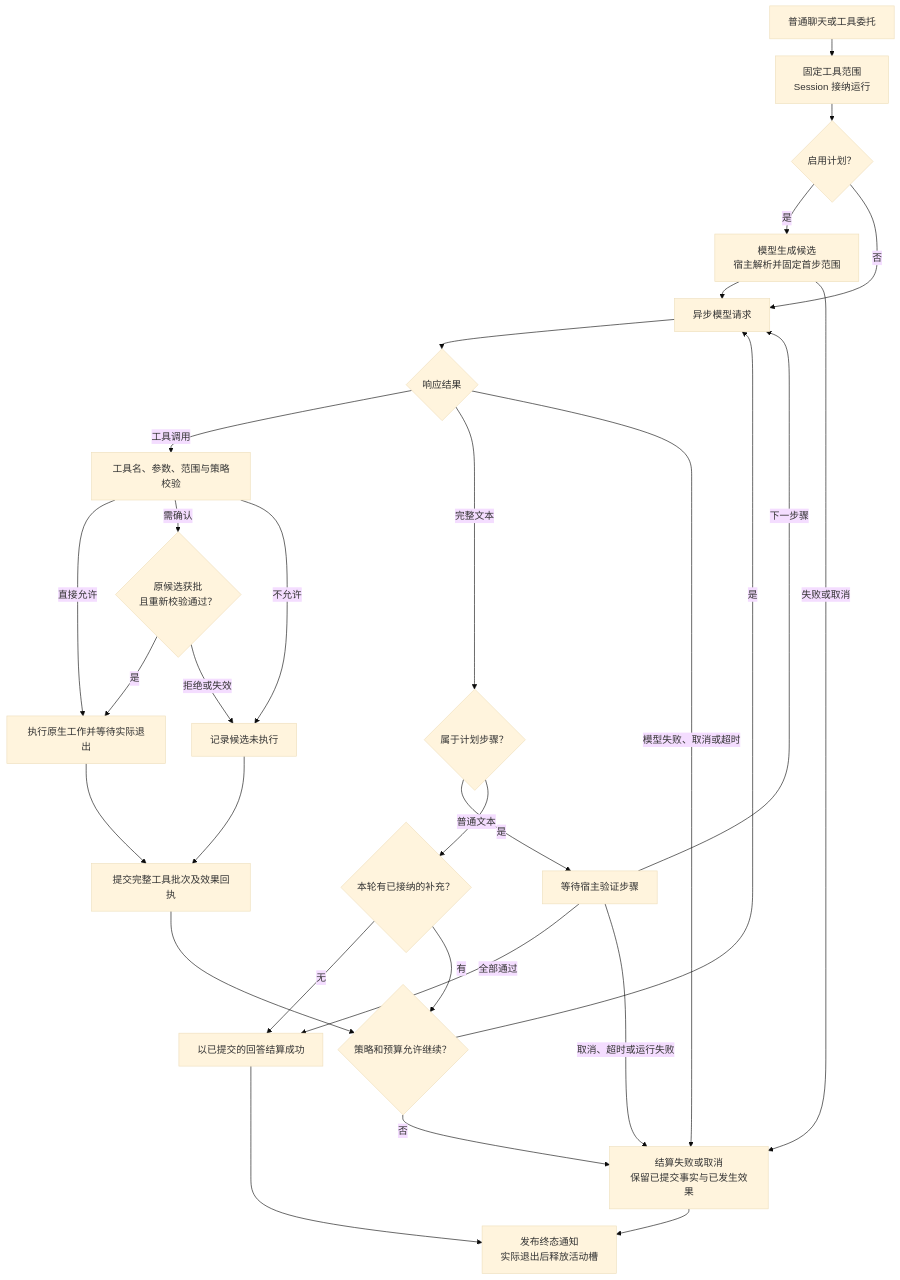
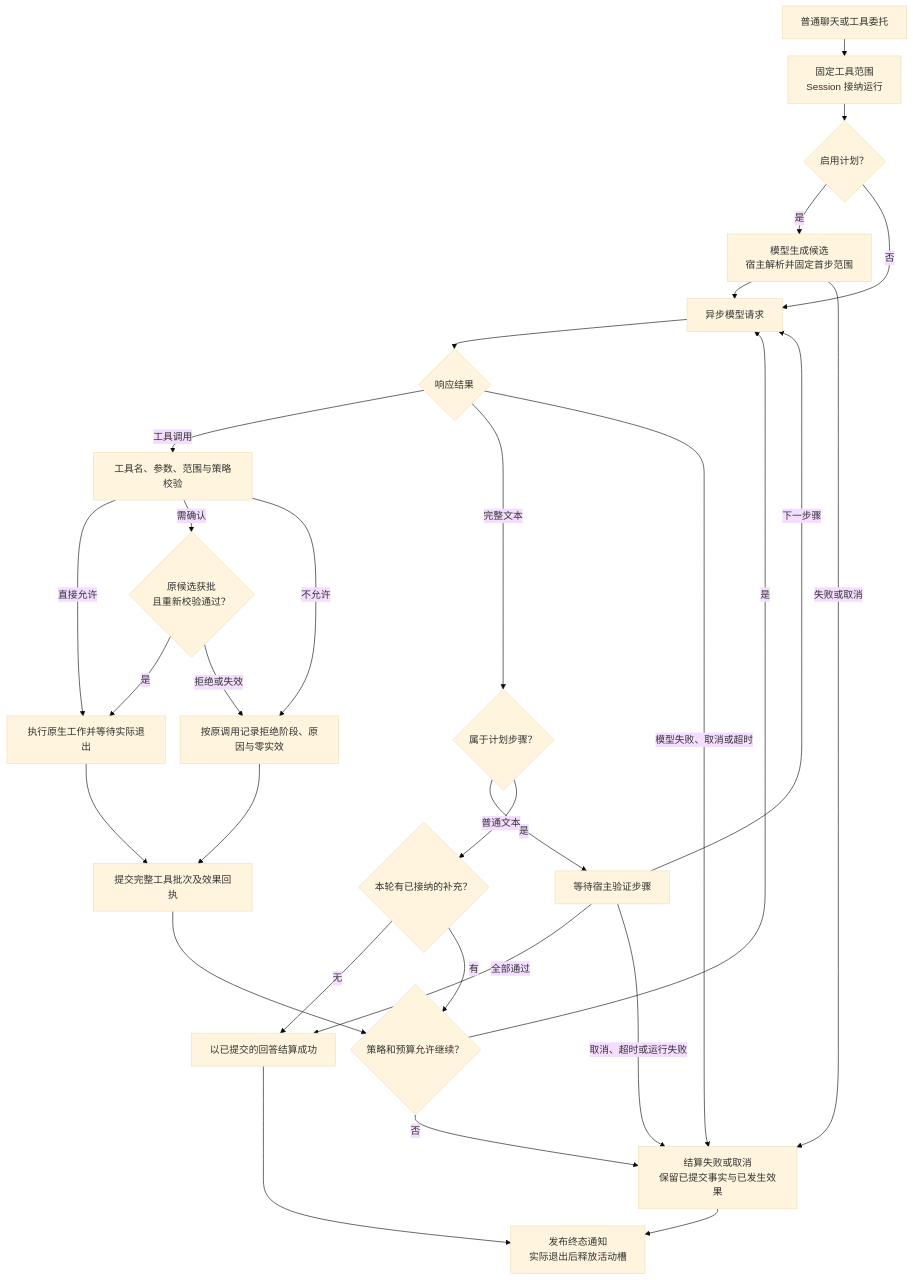
One commit to AuraKaliya/DaFeiYu- changed the second of 5 diagrams in docs/architecture.md. Above: the diagram before and after it, drawn with Mermaid (base theme). The commit also changed other lines of this file and 2 other files, not shown here.

````diff
--- a/docs/architecture.md
+++ b/docs/architecture.md
@@ -112,38 +118,38 @@
 ```mermaid
 ---
 config:
   flowchart:
     rankSpacing: 28
     nodeSpacing: 24
 ---
 flowchart TB
     Input["普通聊天或工具委托"] --> Session["固定工具范围<br/>Session 接纳运行"]
     Session --> Mode{"启用计划？"}
     Mode -->|是| Prepare["模型生成候选<br/>宿主解析并固定首步范围"]
     Prepare --> Model["异步模型请求"]
     Prepare -->|失败或取消| Stop
     Mode -->|否| Model
     Model --> Response{"响应结果"}
     Response -->|工具调用| Check["工具名、参数、范围与策略校验"]
     Check -->|直接允许| Work["执行原生工作并等待实际退出"]
     Check -->|需确认| Approval{"原候选获批<br/>且重新校验通过？"}
     Approval -->|是| Work
-    Approval -->|拒绝或失效| Rejected["记录候选未执行"]
+    Approval -->|拒绝或失效| Rejected["按原调用记录拒绝阶段、原因与零实效"]
     Check -->|不允许| Rejected
     Work --> Results["提交完整工具批次及效果回执"]
     Rejected --> Results
     Results --> Continue{"策略和预算允许继续？"}
     Continue -->|是| Model
     Continue -->|否| Stop["结算失败或取消<br/>保留已提交事实与已发生效果"]
     Response -->|完整文本| Plan{"属于计划步骤？"}
     Plan -->|是| Verify["等待宿主验证步骤"]
     Verify -->|下一步骤| Model
     Verify -->|全部通过| Done["以已提交的回答结算成功"]
     Verify -->|取消、超时或运行失败| Stop
     Plan -->|普通文本| Pending{"本轮有已接纳的补充？"}
     Pending -->|无| Done
     Pending -->|有| Continue
     Response -->|模型失败、取消或超时| Stop
     Done --> Exit["发布终态通知<br/>实际退出后释放活动槽"]
     Stop --> Exit
 ```
````
